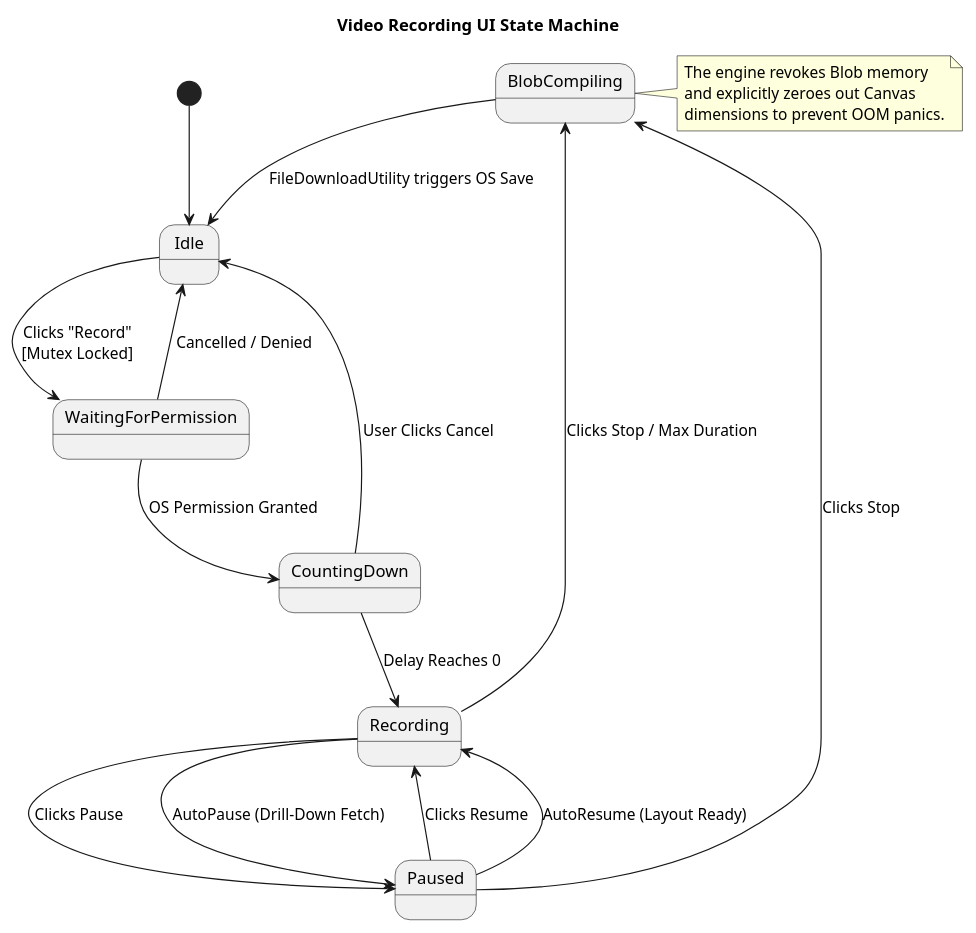
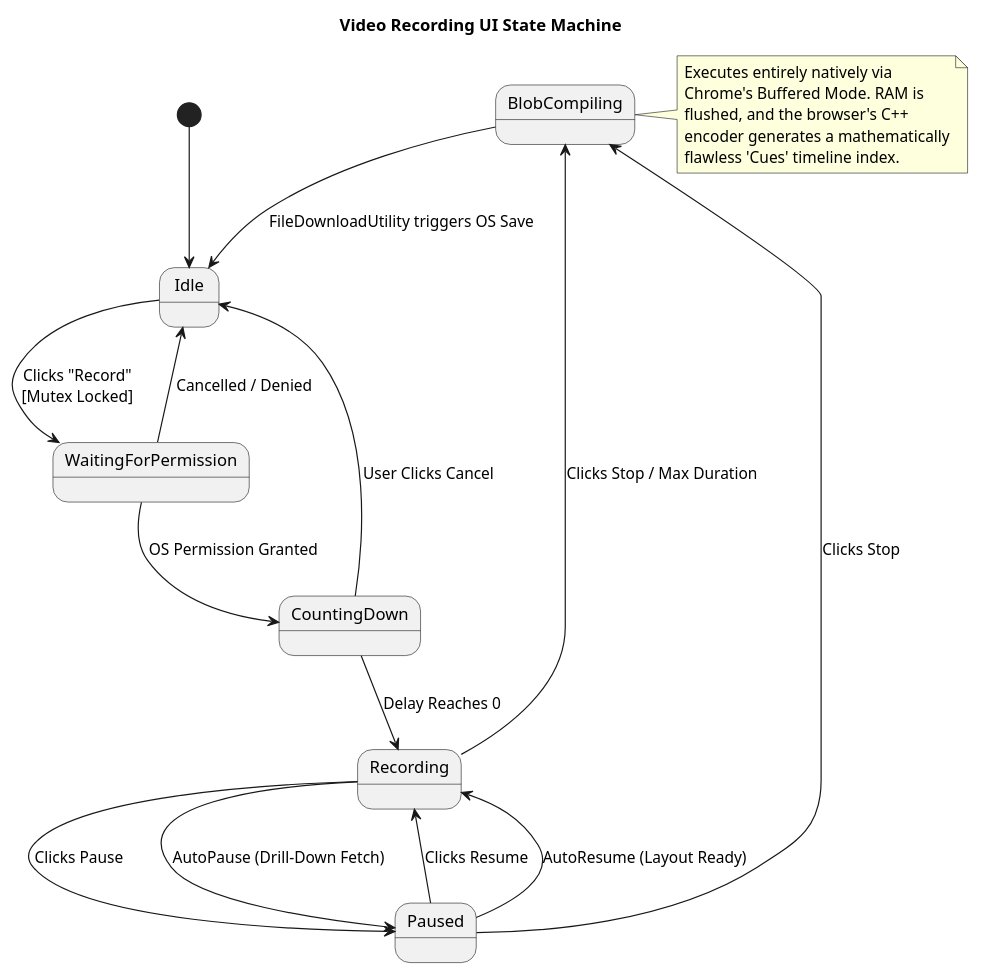
One commit to SiliconStreetDev1/abap-vdm-cds-diagram-ui changed the diagram in design/video_state_machine.puml. Above: the diagram before and after it, drawn with PlantUML. The commit also changed 25 other files, not shown here.

```diff
--- a/design/video_state_machine.puml
+++ b/design/video_state_machine.puml
@@ -1,33 +1,35 @@
 @startuml
 title Video Recording UI State Machine
 
 skinparam handwritten false
 
 [*] --> Idle
 
 Idle --> WaitingForPermission : Clicks "Record"\n[Mutex Locked]
 
 WaitingForPermission --> CountingDown : OS Permission Granted
 WaitingForPermission --> Idle : Cancelled / Denied
 
 CountingDown --> Recording : Delay Reaches 0
 CountingDown --> Idle : User Clicks Cancel
 
 Recording --> Paused : Clicks Pause
 Recording --> Paused : AutoPause (Drill-Down Fetch)
 
 Paused --> Recording : Clicks Resume
 Paused --> Recording : AutoResume (Layout Ready)
 
 Recording --> BlobCompiling : Clicks Stop / Max Duration
 Paused --> BlobCompiling : Clicks Stop
 
 BlobCompiling --> Idle : FileDownloadUtility triggers OS Save
 
 note right of BlobCompiling
-  The engine revokes Blob memory
-  and explicitly zeroes out Canvas 
-  dimensions to prevent OOM panics.
+  Executes entirely natively via 
+  Chrome's Buffered Mode. RAM is
+  flushed, and the browser's C++
+  encoder generates a mathematically
+  flawless 'Cues' timeline index.
 end note
 
 @enduml
```
